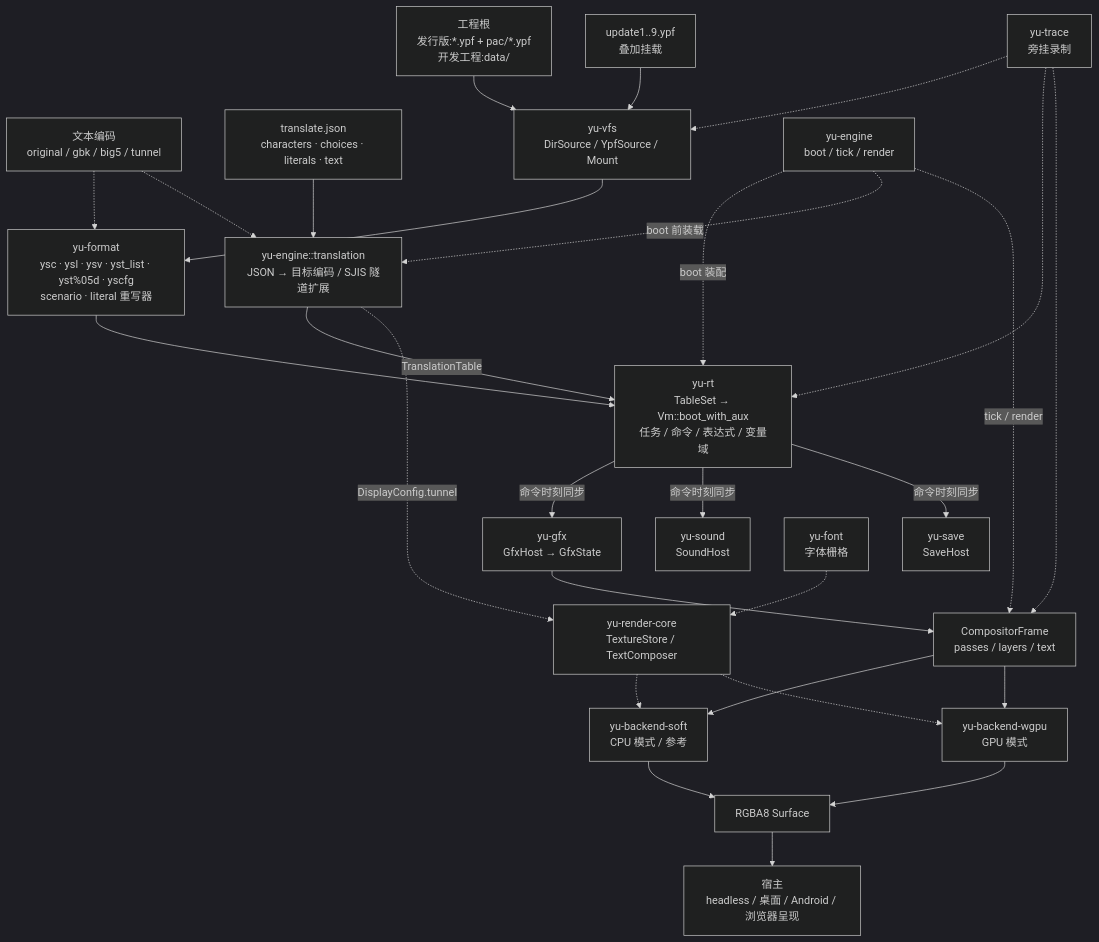
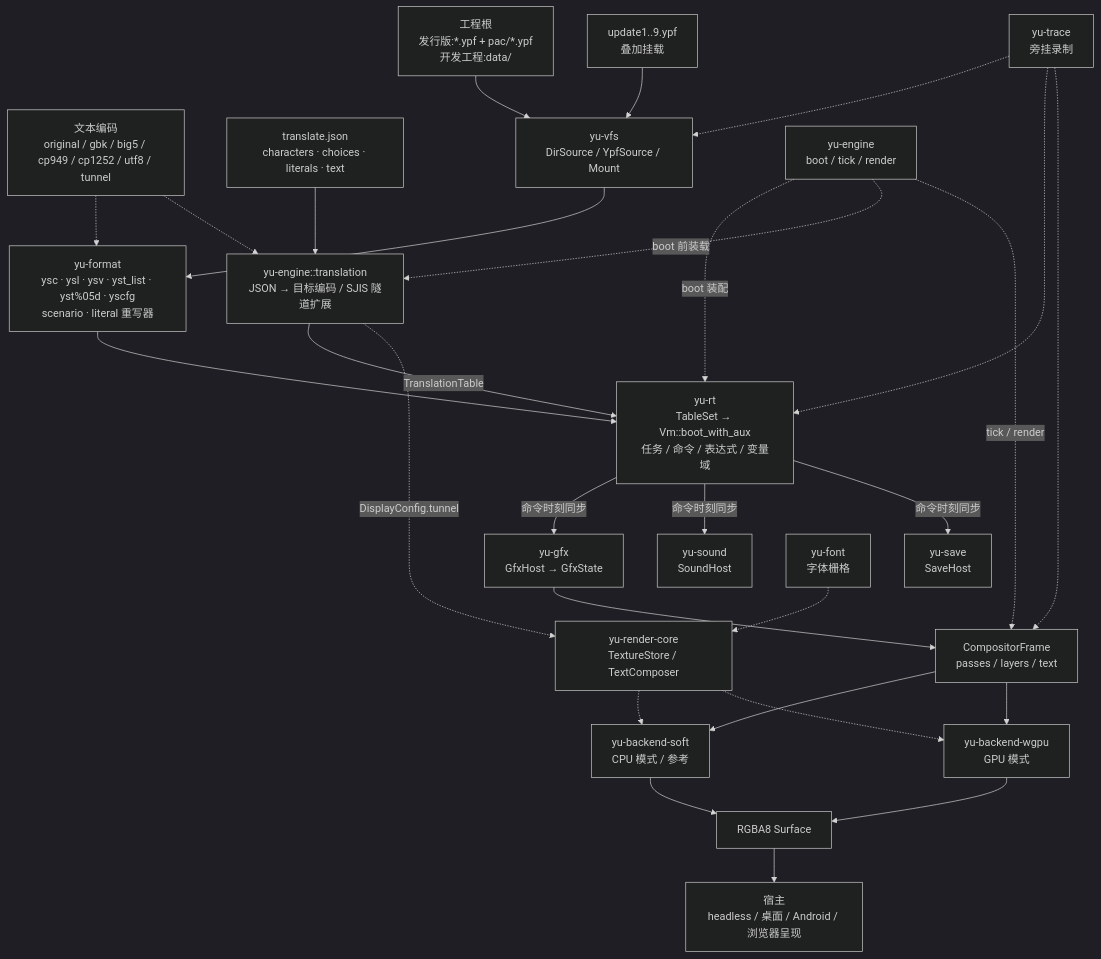
Before and after one commit to NotFaceGUI/yuris-kernel: the second of 2 diagrams in README.md, drawn with Mermaid (dark theme). The commit also changed other lines of this file and 3 other files, not shown here.

````diff
--- a/README.md
+++ b/README.md
@@ -329,50 +332,50 @@
 ```mermaid
 flowchart TD
     PROJ["工程根<br/>发行版:*.ypf + pac/*.ypf<br/>开发工程:data/"]
     UPD["update1..9.ypf<br/>叠加挂载"]
-    PATCH["文本编码<br/>original / gbk / big5 / tunnel"]
+    PATCH["文本编码<br/>original / gbk / big5 / cp949 / cp1252 / utf8 / tunnel"]
     TRJ["translate.json<br/>characters · choices · literals · text"]
     TRANS["yu-engine::translation<br/>JSON → 目标编码 / SJIS 隧道扩展"]
     VFS["yu-vfs<br/>DirSource / YpfSource / Mount"]
     FMT["yu-format<br/>ysc · ysl · ysv · yst_list · yst%05d · yscfg<br/>scenario · literal 重写器"]
     RT["yu-rt<br/>TableSet → Vm::boot_with_aux<br/>任务 / 命令 / 表达式 / 变量域"]
     GFX["yu-gfx<br/>GfxHost → GfxState"]
     SND["yu-sound<br/>SoundHost"]
     SAV["yu-save<br/>SaveHost"]
     CF["CompositorFrame<br/>passes / layers / text"]
     CORE["yu-render-core<br/>TextureStore / TextComposer"]
     FONT["yu-font<br/>字体栅格"]
     SOFT["yu-backend-soft<br/>CPU 模式 / 参考"]
     WGPU["yu-backend-wgpu<br/>GPU 模式"]
     SURF["RGBA8 Surface"]
     HOST["宿主<br/>headless / 桌面 / Android / 浏览器呈现"]
     ENG["yu-engine<br/>boot / tick / render"]
     TRACE["yu-trace<br/>旁挂录制"]
 
     PROJ --> VFS
     UPD --> VFS
     PATCH -.-> FMT
     PATCH -.-> TRANS
     TRJ --> TRANS
     TRANS -->|"TranslationTable"| RT
     TRANS -.->|"DisplayConfig.tunnel"| CORE
     VFS --> FMT --> RT
     RT -->|"命令时刻同步"| GFX
     RT -->|"命令时刻同步"| SND
     RT -->|"命令时刻同步"| SAV
     GFX --> CF
     CF --> SOFT
     CF --> WGPU
     FONT -.-> CORE
     CORE -.-> SOFT
     CORE -.-> WGPU
     SOFT --> SURF
     WGPU --> SURF
     SURF --> HOST
     ENG -.->|"boot 装配"| RT
     ENG -.->|"boot 前装载"| TRANS
     ENG -.->|"tick / render"| CF
     TRACE -.-> VFS
     TRACE -.-> RT
     TRACE -.-> CF
 ```
````
